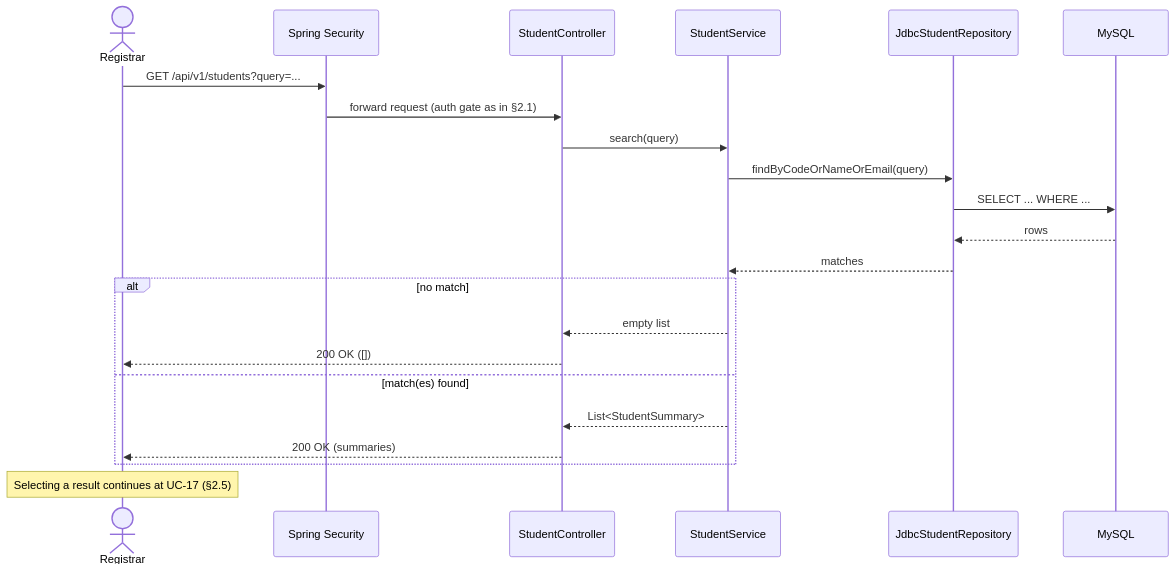
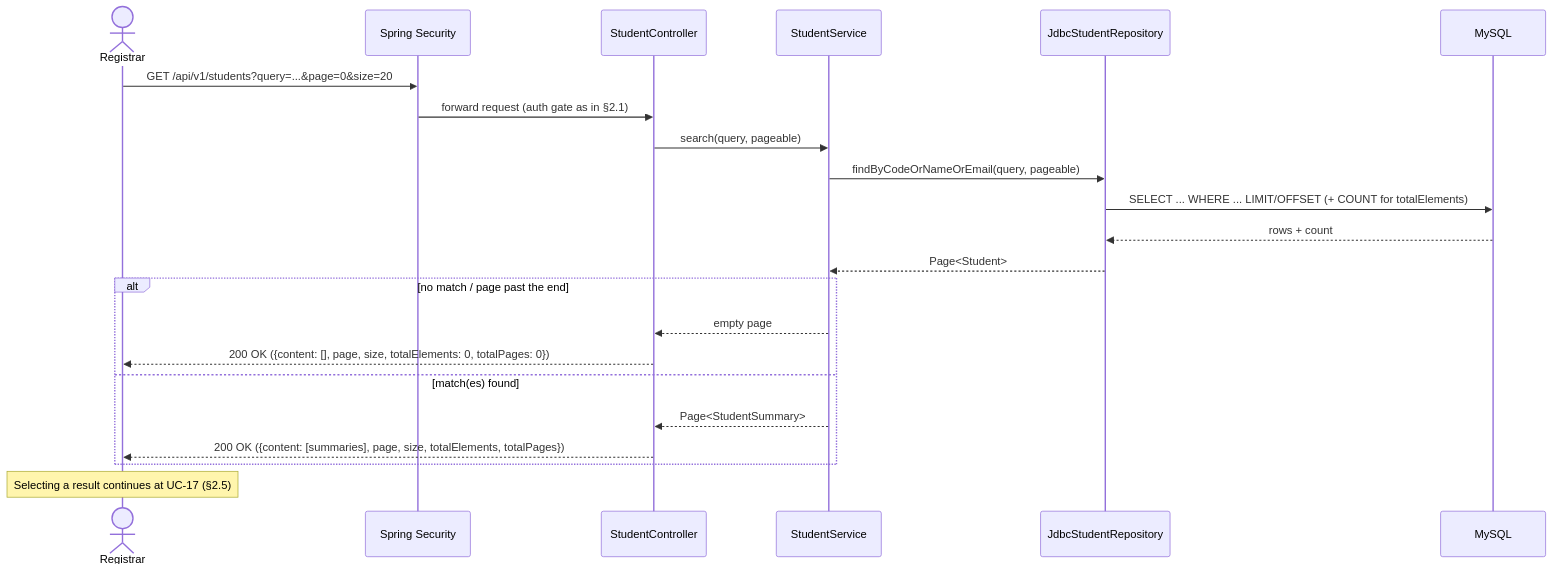
One commit to phuchoang2005/Student-Management-System changed the fourth of 22 diagrams in docs/SA-docs/03-sequence-diagrams.md. Above: the diagram before and after it, drawn with Mermaid. The commit also changed other lines of this file and 20 other files, not shown here.

````diff
--- a/docs/SA-docs/03-sequence-diagrams.md
+++ b/docs/SA-docs/03-sequence-diagrams.md
@@ -182,25 +182,25 @@
 ```mermaid
 sequenceDiagram
     actor Registrar
     participant Sec as Spring Security
     participant Ctrl as StudentController
     participant Svc as StudentService
     participant Repo as JdbcStudentRepository
     participant DB as MySQL
 
-    Registrar->>Sec: GET /api/v1/students?query=...
+    Registrar->>Sec: GET /api/v1/students?query=...&page=0&size=20
     Sec->>Ctrl: forward request (auth gate as in §2.1)
-    Ctrl->>Svc: search(query)
-    Svc->>Repo: findByCodeOrNameOrEmail(query)
-    Repo->>DB: SELECT ... WHERE ...
-    DB-->>Repo: rows
-    Repo-->>Svc: matches
-    alt no match
-        Svc-->>Ctrl: empty list
-        Ctrl-->>Registrar: 200 OK ([])
+    Ctrl->>Svc: search(query, pageable)
+    Svc->>Repo: findByCodeOrNameOrEmail(query, pageable)
+    Repo->>DB: SELECT ... WHERE ... LIMIT/OFFSET (+ COUNT for totalElements)
+    DB-->>Repo: rows + count
+    Repo-->>Svc: Page<Student>
+    alt no match / page past the end
+        Svc-->>Ctrl: empty page
+        Ctrl-->>Registrar: 200 OK ({content: [], page, size, totalElements: 0, totalPages: 0})
     else match(es) found
-        Svc-->>Ctrl: List<StudentSummary>
-        Ctrl-->>Registrar: 200 OK (summaries)
+        Svc-->>Ctrl: Page<StudentSummary>
+        Ctrl-->>Registrar: 200 OK ({content: [summaries], page, size, totalElements, totalPages})
     end
     Note over Registrar: Selecting a result continues at UC-17 (§2.5)
 ```
````
